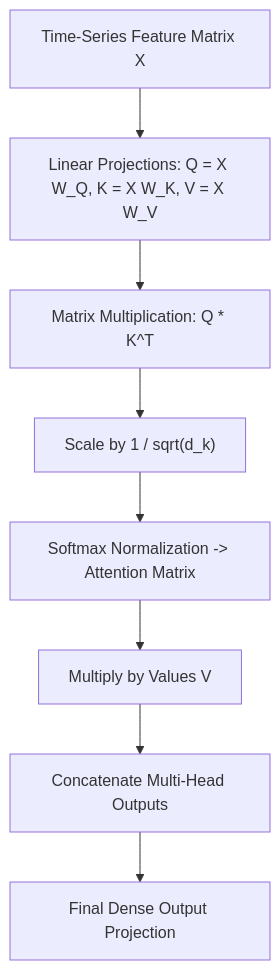
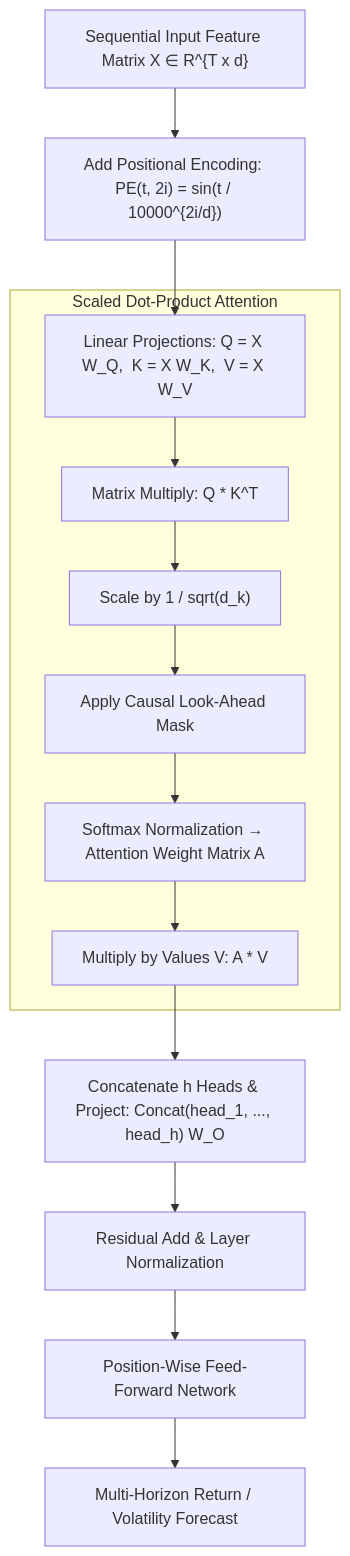
The second of 4 diagrams in 08_deep_learning/README.md (eggieinquant/wqu), drawn with Mermaid before and after one commit. The commit also changed other lines of this file and 6 other files, not shown here.

Commit message:
docs: overhaul and standardize READMEs across all MScFE modules (01-08) with Mermaid architectures, LaTeX formulas, and complete lesson mappings

````diff
--- a/08_deep_learning/README.md
+++ b/08_deep_learning/README.md
@@ -30,10 +38,19 @@
 ```mermaid
 flowchart TD
-    Input["Time-Series Feature Matrix X"] --> QKV["Linear Projections: Q = X W_Q, K = X W_K, V = X W_V"]
-    QKV --> MatMul["Matrix Multiplication: Q * K^T"]
-    MatMul --> Scale["Scale by 1 / sqrt(d_k)"]
-    Scale --> Softmax["Softmax Normalization -> Attention Matrix"]
-    Softmax --> WeightedV["Multiply by Values V"]
-    WeightedV --> Concat["Concatenate Multi-Head Outputs"]
-    Concat --> Dense["Final Dense Output Projection"]
+    InputTensors["Sequential Input Feature Matrix X ∈ R^{T x d}"] --> PosEnc["Add Positional Encoding: PE(t, 2i) = sin(t / 10000^{2i/d})"]
+    
+    PosEnc --> LinearProj["Linear Projections: Q = X W_Q,  K = X W_K,  V = X W_V"]
+    
+    subgraph AttentionEngine ["Scaled Dot-Product Attention"]
+        LinearProj --> MatMul["Matrix Multiply: Q * K^T"]
+        MatMul --> Scale["Scale by 1 / sqrt(d_k)"]
+        Scale --> Mask["Apply Causal Look-Ahead Mask"]
+        Mask --> Softmax["Softmax Normalization → Attention Weight Matrix A"]
+        Softmax --> Context["Multiply by Values V: A * V"]
+    end
+    
+    Context --> MultiHead["Concatenate h Heads & Project: Concat(head_1, ..., head_h) W_O"]
+    MultiHead --> LayerNorm["Residual Add & Layer Normalization"]
+    LayerNorm --> FFN["Position-Wise Feed-Forward Network"]
+    FFN --> OutputForecast["Multi-Horizon Return / Volatility Forecast"]
 ```
````
